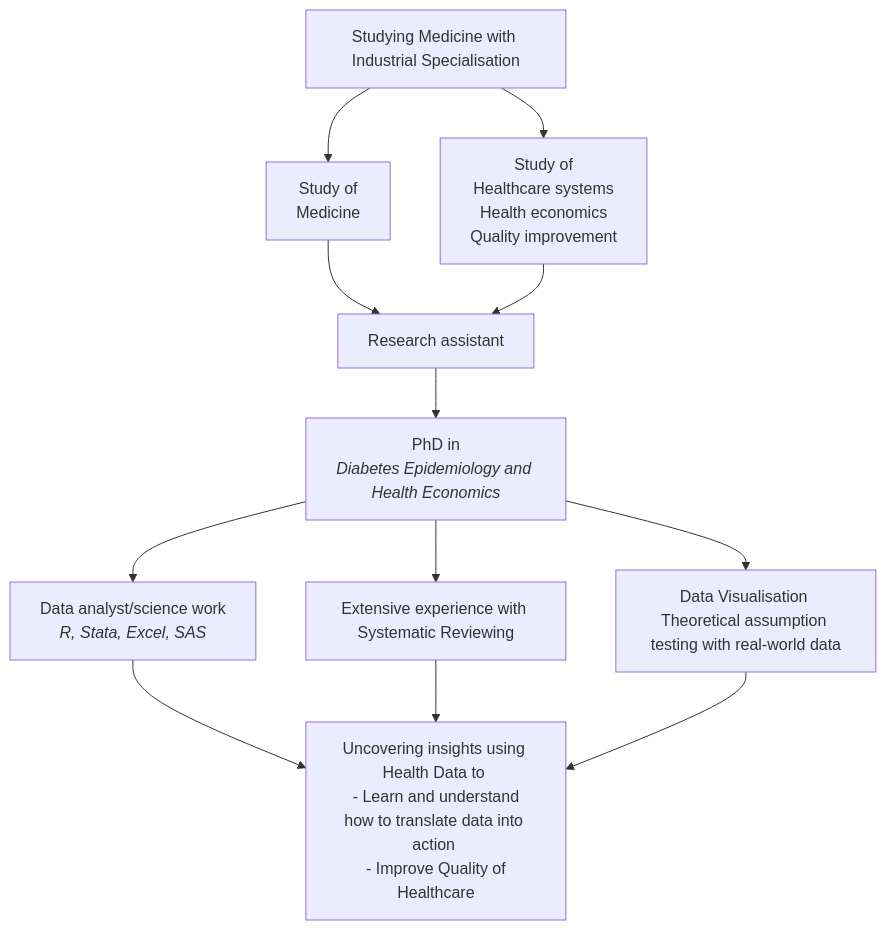
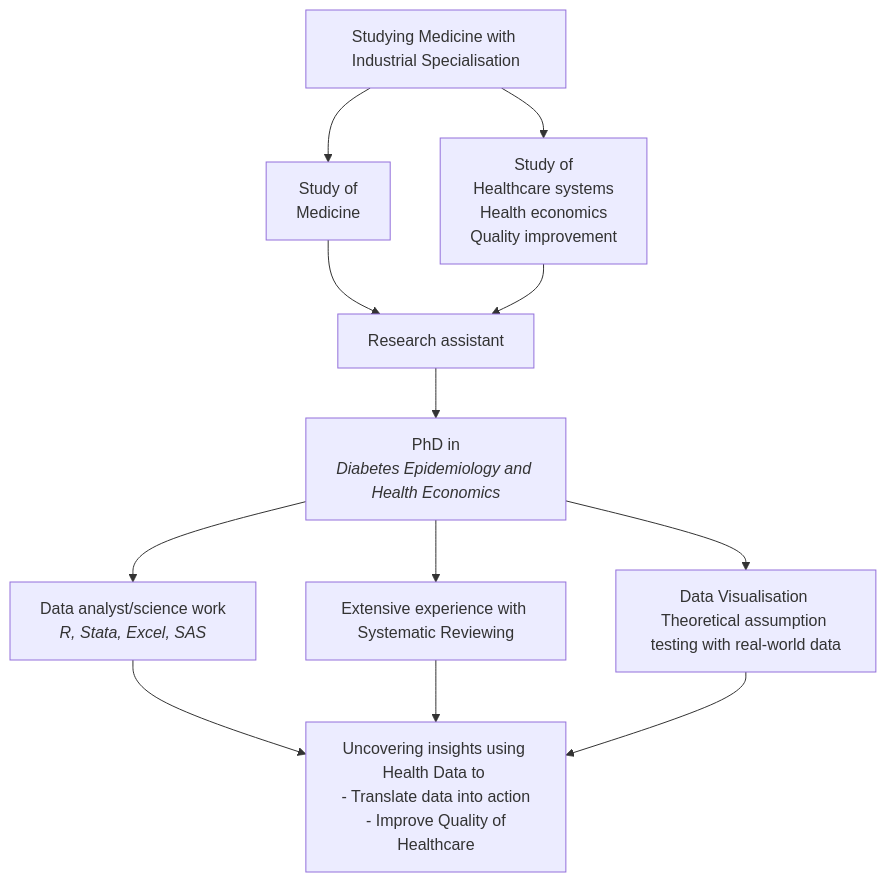
Before and after one commit to Henkevitus/publicdataprojects: the diagram in index.qmd, drawn with Mermaid. The commit also changed 113 other files, not shown here.

````diff
--- a/index.qmd
+++ b/index.qmd
@@ -23,29 +23,29 @@
 ```{mermaid}
 %%| fig-label: YAY
 flowchart TB
   A[Studying Medicine with Industrial Specialisation]
   A2[Study of <br/>Medicine]
   A3[Study of <br/>Healthcare systems <br/> Health economics <br/>Quality improvement]
   %%B[Volunteer work]
   C[Research assistant]
   D[PhD in<br/><i/>Diabetes Epidemiology and Health Economics<b>]
   E1[Data analyst/science work<br/><i/>R, Stata, Excel, SAS<b>]
   E2[Extensive experience with Systematic Reviewing]
   E3[Data Visualisation <br/>Theoretical assumption testing with real-world data]
-  F[Uncovering insights using Health Data to <br/> - Learn and understand how to translate data into action <br/> - Improve Quality of Healthcare ]
+  F[Uncovering insights using Health Data to <br/> - Translate data into action <br/> - Improve Quality of Healthcare]
 
   A --> A2
   A --> A3
   A2 --> C
   A3 --> C
   C --> D
   D --> E1
   D --> E2
   D --> E3
 
   E1 --> F
   E2 --> F
   E3 --> F
   %%B --> F
 
 ```
````
